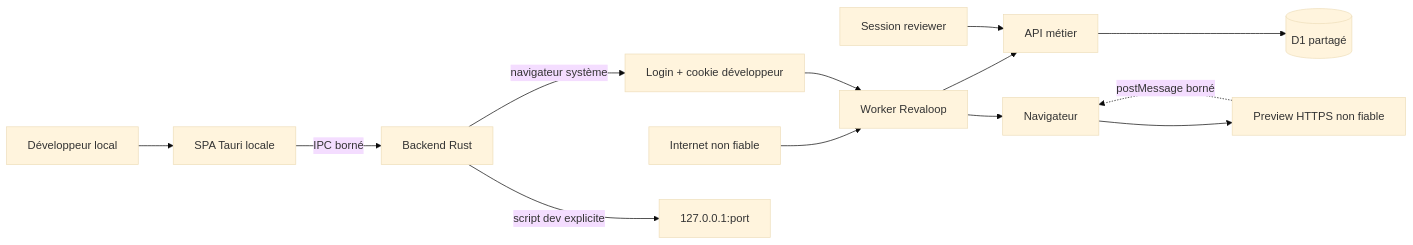
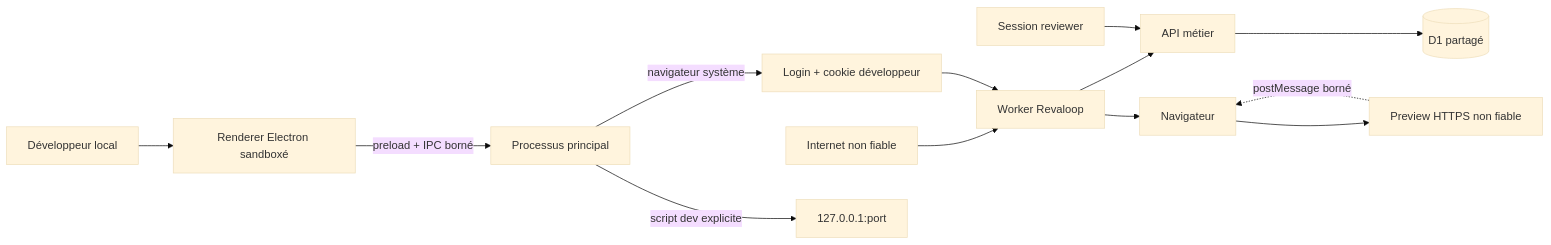
The first of 2 diagrams in docs/THREAT_MODEL.md (rfielbal/Revaloop), drawn with Mermaid (base theme) before and after one commit. The commit also changed other lines of this file and 50 other files, not shown here.

````diff
--- a/docs/THREAT_MODEL.md
+++ b/docs/THREAT_MODEL.md
@@ -81,15 +82,15 @@
 ```mermaid
 flowchart LR
     internet["Internet non fiable"] --> worker["Worker Revaloop"]
     auth["Login + cookie développeur"] --> worker
     worker --> api["API métier"]
     api --> d1[("D1 partagé")]
     reviewer["Session reviewer"] --> api
     worker --> browser["Navigateur"]
     browser --> preview["Preview HTTPS non fiable"]
     preview -. "postMessage borné" .-> browser
-    developer["Développeur local"] --> desktop["SPA Tauri locale"]
-    desktop -->|"IPC borné"| rust["Backend Rust"]
-    rust -->|"script dev explicite"| loopback["127.0.0.1:port"]
-    rust -->|"navigateur système"| auth
+    developer["Développeur local"] --> renderer["Renderer Electron sandboxé"]
+    renderer -->|"preload + IPC borné"| main["Processus principal"]
+    main -->|"script dev explicite"| loopback["127.0.0.1:port"]
+    main -->|"navigateur système"| auth
 ```
````
